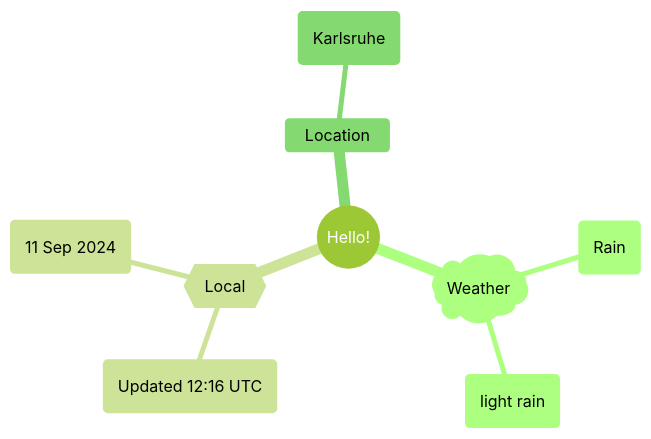
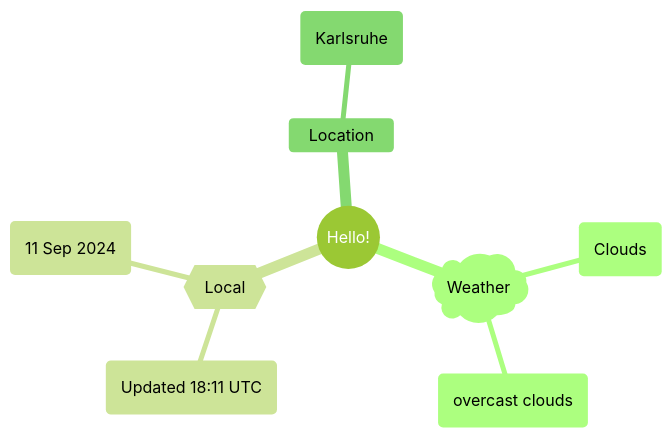
Before and after one commit to Xosrov/Xosrov: the first of 2 diagrams in README.md, drawn with Mermaid (forest theme).

Commit message:
[bot] updated images

````diff
--- a/README.md
+++ b/README.md
@@ -3,12 +3,12 @@
 ```mermaid
 mindmap
   root((Hello!))
     )Weather(
-        (Rain)
-        (light rain)
+        (Clouds)
+        (overcast clouds)
     {{Local}}
-        (Updated 12:16 UTC)
+        (Updated 18:11 UTC)
         (11 Sep 2024)
     Location
         (Karlsruhe)
 ```
````
